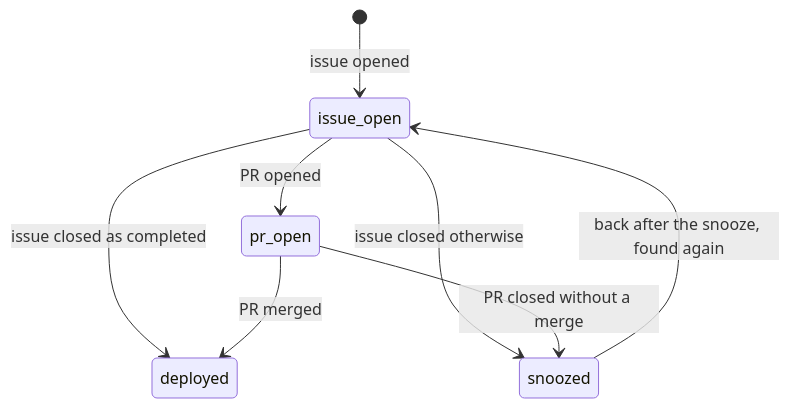
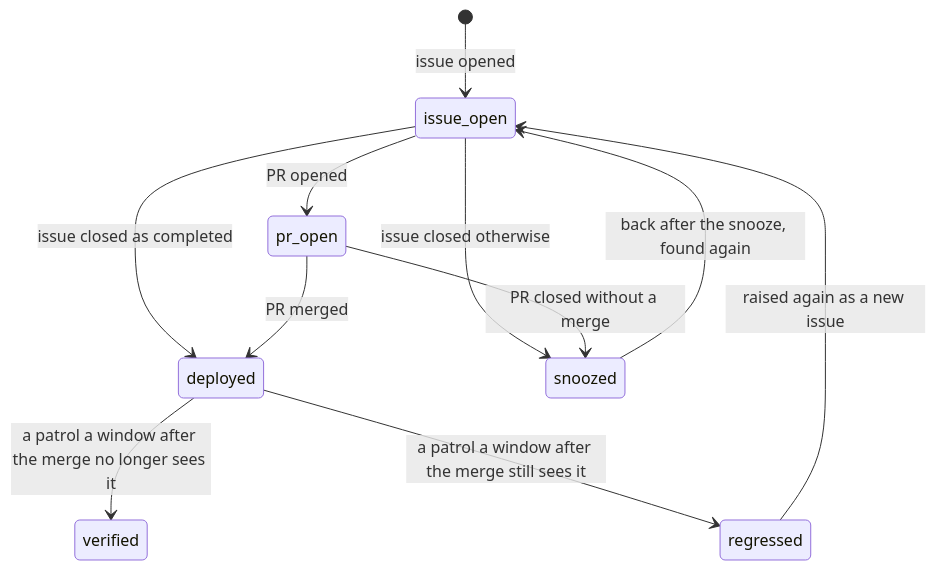
The diagram in docs/VALAC.md (darkanum/legion), drawn with Mermaid before and after one commit. The commit also changed other lines of this file and 12 other files, not shown here.

````diff
--- a/docs/VALAC.md
+++ b/docs/VALAC.md
@@ -63,10 +63,13 @@
 ```mermaid
 stateDiagram-v2
     [*] --> issue_open: issue opened
     issue_open --> pr_open: PR opened
     issue_open --> deployed: issue closed as completed
     pr_open --> deployed: PR merged
     issue_open --> snoozed: issue closed otherwise
     pr_open --> snoozed: PR closed without a merge
     snoozed --> issue_open: back after the snooze, found again
+    deployed --> verified: a patrol a window after the merge no longer sees it
+    deployed --> regressed: a patrol a window after the merge still sees it
+    regressed --> issue_open: raised again as a new issue
 ```
````
